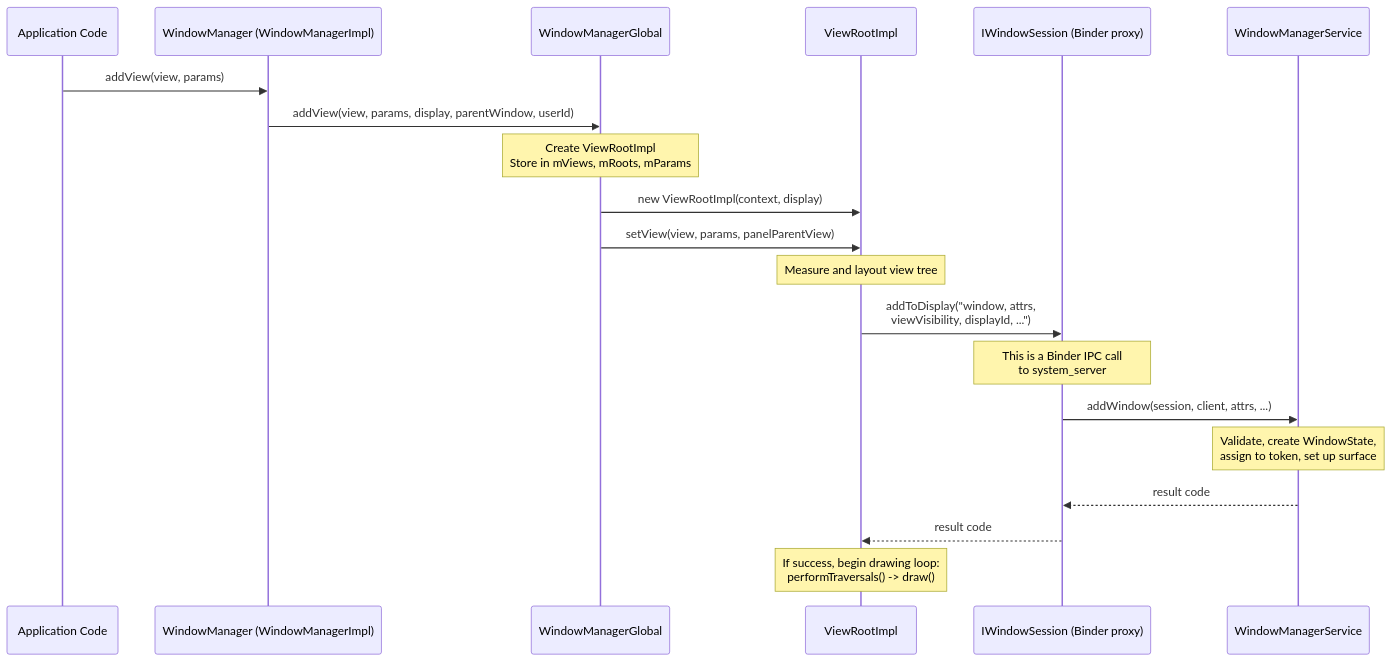
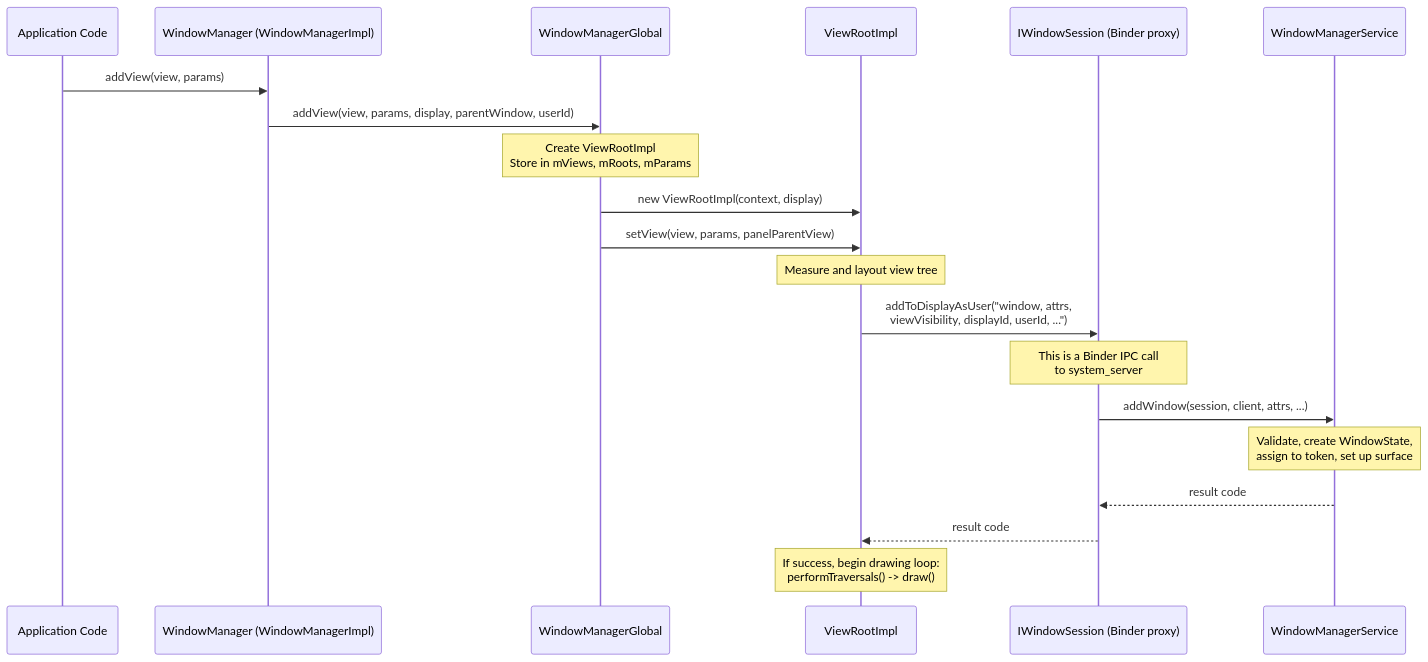
One commit to aospbooks/aosp-internal-book changed the ninth of 41 diagrams in agents/claude/skills/aosp-framework-core/22-activity-and-window.md. Above: the diagram before and after it, drawn with Mermaid. The commit also changed other lines of this file and 218 other files, not shown here.

````diff
--- a/agents/claude/skills/aosp-framework-core/22-activity-and-window.md
+++ b/agents/claude/skills/aosp-framework-core/22-activity-and-window.md
@@ -921,23 +921,23 @@
 ```mermaid
 sequenceDiagram
     participant App as Application Code
     participant WM as WindowManager (WindowManagerImpl)
     participant WMG as WindowManagerGlobal
     participant VRI as ViewRootImpl
     participant Session as IWindowSession (Binder proxy)
     participant WMS as WindowManagerService
 
     App->>WM: addView(view, params)
     WM->>WMG: addView(view, params, display, parentWindow, userId)
     Note over WMG: Create ViewRootImpl<br/>Store in mViews, mRoots, mParams
     WMG->>VRI: new ViewRootImpl(context, display)
     WMG->>VRI: setView(view, params, panelParentView)
     Note over VRI: Measure and layout view tree
-    VRI->>Session: addToDisplay("window, attrs,<br/>viewVisibility, displayId, ...")
+    VRI->>Session: addToDisplayAsUser("window, attrs,<br/>viewVisibility, displayId, userId, ...")
     Note over Session: This is a Binder IPC call<br/>to system_server
     Session->>WMS: addWindow(session, client, attrs, ...)
     Note over WMS: Validate, create WindowState,<br/>assign to token, set up surface
     WMS-->>Session: result code
     Session-->>VRI: result code
     Note over VRI: If success, begin drawing loop:<br/>performTraversals() -> draw()
 ```
````
